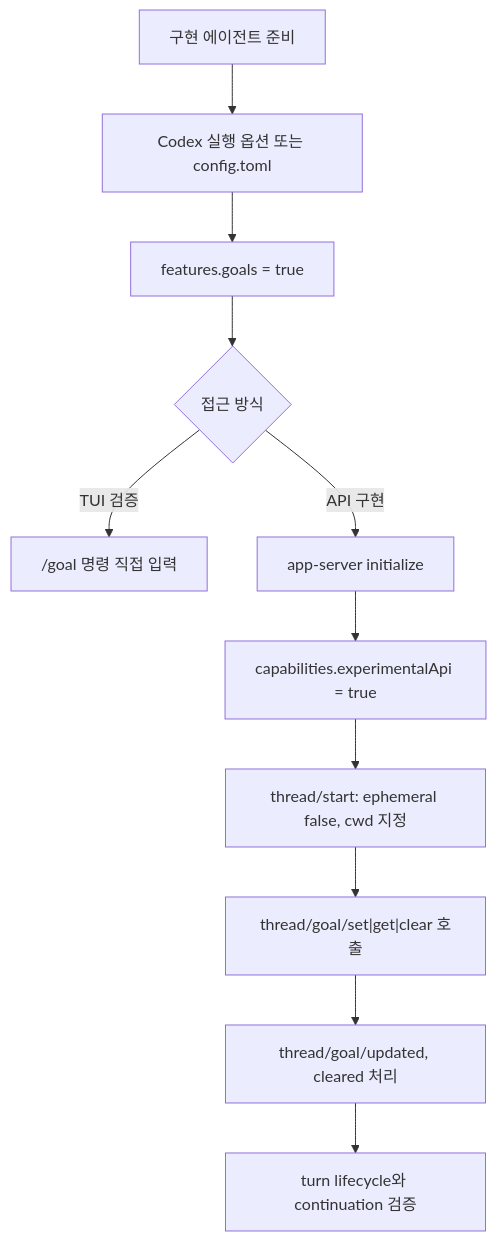
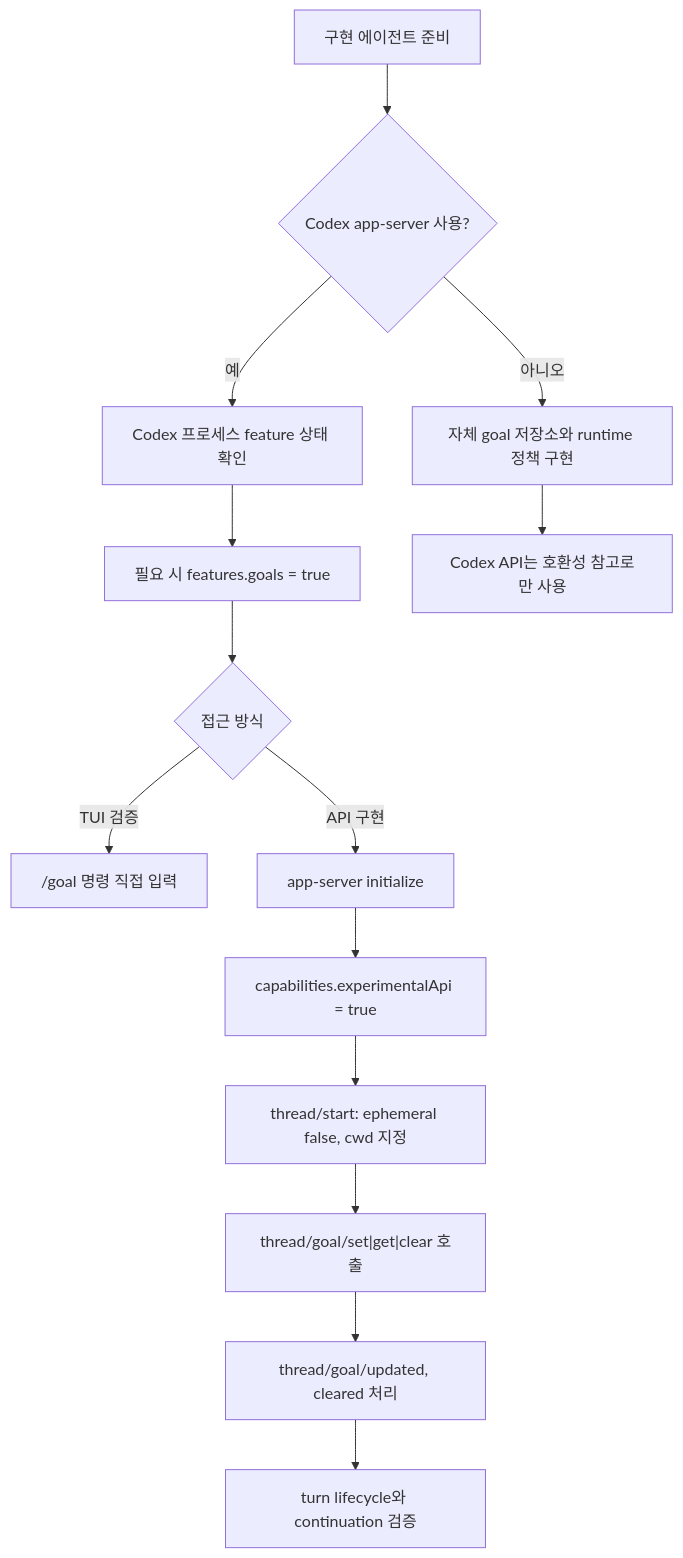
The eighth of 10 diagrams in codex-goal-pipeline/codex-goal-pipeline.md (nes0903/study), drawn with Mermaid before and after one commit. The commit also changed other lines of this file and 318 other files, not shown here.

````diff
--- a/codex-goal-pipeline/codex-goal-pipeline.md
+++ b/codex-goal-pipeline/codex-goal-pipeline.md
@@ -209,13 +222,16 @@
 ```mermaid
 flowchart TD
-    A["구현 에이전트 준비"] --> B["Codex 실행 옵션 또는 config.toml"]
-    B --> C["features.goals = true"]
-    C --> D{"접근 방식"}
-    D -->|TUI 검증| E["/goal 명령 직접 입력"]
-    D -->|API 구현| F["app-server initialize"]
-    F --> G["capabilities.experimentalApi = true"]
-    G --> H["thread/start: ephemeral false, cwd 지정"]
-    H --> I["thread/goal/set|get|clear 호출"]
-    I --> J["thread/goal/updated, cleared 처리"]
-    J --> K["turn lifecycle와 continuation 검증"]
+    A["구현 에이전트 준비"] --> B{"Codex app-server 사용?"}
+    B -->|예| C["Codex 프로세스 feature 상태 확인"]
+    C --> D["필요 시 features.goals = true"]
+    D --> E{"접근 방식"}
+    B -->|아니오| N["자체 goal 저장소와 runtime 정책 구현"]
+    N --> O["Codex API는 호환성 참고로만 사용"]
+    E -->|TUI 검증| F["/goal 명령 직접 입력"]
+    E -->|API 구현| G["app-server initialize"]
+    G --> H["capabilities.experimentalApi = true"]
+    H --> I["thread/start: ephemeral false, cwd 지정"]
+    I --> J["thread/goal/set|get|clear 호출"]
+    J --> K["thread/goal/updated, cleared 처리"]
+    K --> L["turn lifecycle와 continuation 검증"]
 ```
````
